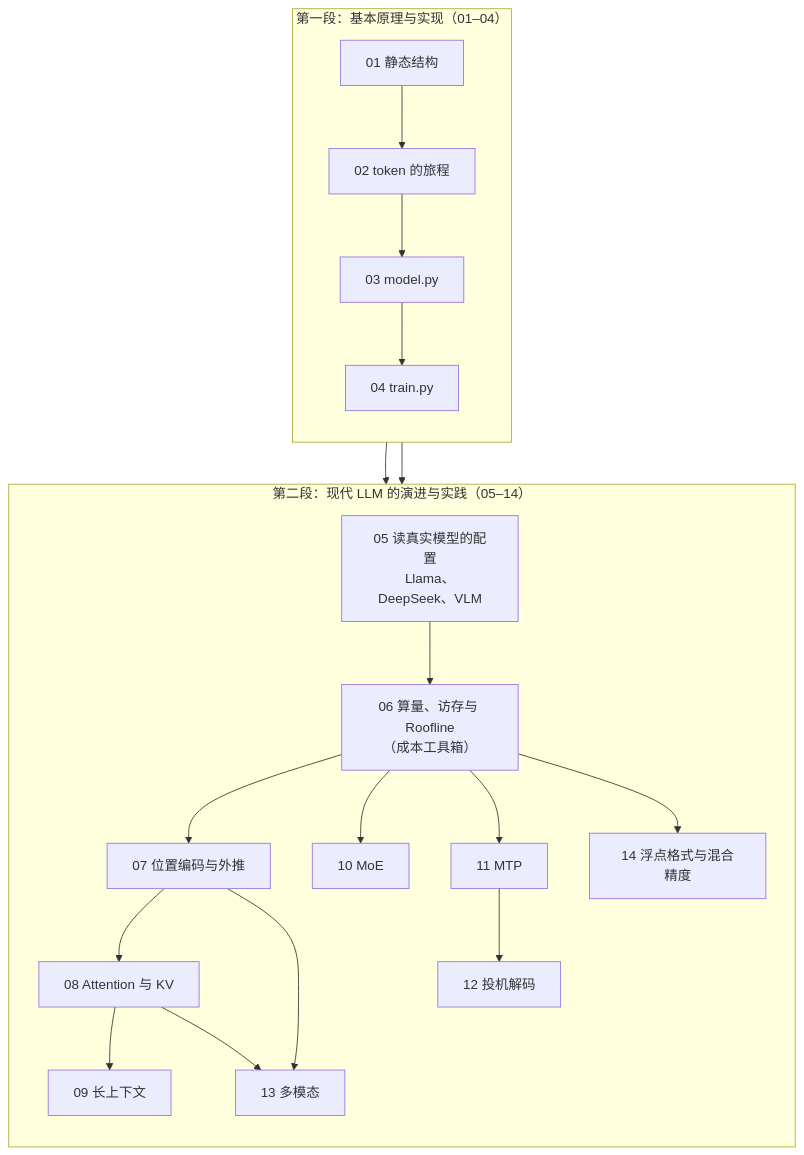
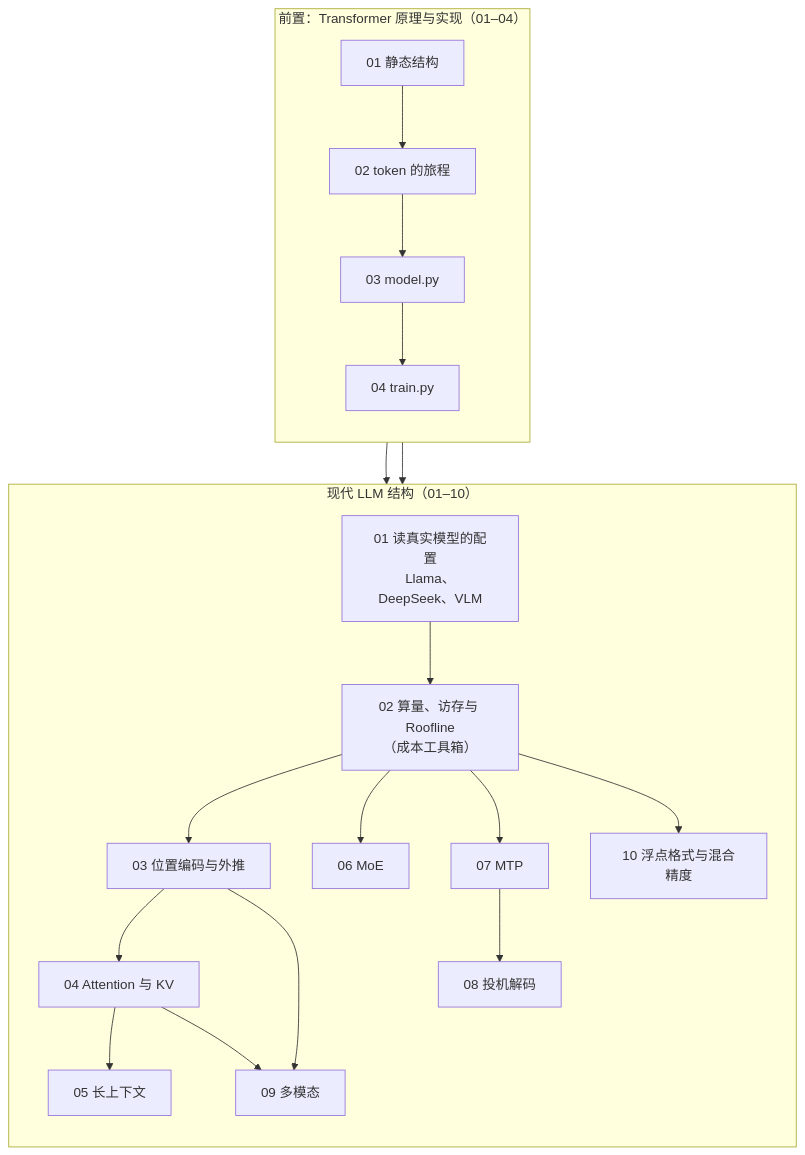
Before and after one commit to arganzheng/arganzheng.github.com: the first of 2 diagrams in _posts/2026-04-09-transformer-and-llm-series-recap-and-self-test.md, drawn with Mermaid. The commit also changed other lines of this file and 22 other files, not shown here.

Commit message:
拆分 Transformer 与现代 LLM 系列

````diff
--- a/_posts/2026-04-09-transformer-and-llm-series-recap-and-self-test.md
+++ b/_posts/2026-04-09-transformer-and-llm-series-recap-and-self-test.md
@@ -20,22 +20,22 @@
 ```mermaid
 %%{init: {"flowchart": {"wrappingWidth": 150}}}%%
-%% 图：十四篇的依赖地图：先 GPT-2 的结构与实现，再以成本工具箱为入口逐项打开现代模型的改动
+%% 图：十篇的依赖地图：先 GPT-2 的结构与实现，再以成本工具箱为入口逐项打开现代模型的改动
 flowchart TB
-    subgraph S1["第一段：基本原理与实现（01–04）"]
+    subgraph S1["前置：Transformer 原理与实现（01–04）"]
         direction TB
         P1["01 静态结构"] --> P2["02 token 的旅程"] --> P3["03 model.py"] --> P4["04 train.py"]
     end
-    subgraph S2["第二段：现代 LLM 的演进与实践（05–14）"]
+    subgraph S2["现代 LLM 结构（01–10）"]
         direction TB
-        P5["05 读真实模型的配置<br/>Llama、DeepSeek、VLM"] --> P6["06 算量、访存与 Roofline<br/>（成本工具箱）"]
-        P6 --> P7["07 位置编码与外推"] --> P8["08 Attention 与 KV"] --> P9["09 长上下文"]
-        P6 --> P10["10 MoE"]
-        P6 --> P11["11 MTP"] --> P12["12 投机解码"]
-        P8 --> P13["13 多模态"]
+        P5["01 读真实模型的配置<br/>Llama、DeepSeek、VLM"] --> P6["02 算量、访存与 Roofline<br/>（成本工具箱）"]
+        P6 --> P7["03 位置编码与外推"] --> P8["04 Attention 与 KV"] --> P9["05 长上下文"]
+        P6 --> P10["06 MoE"]
+        P6 --> P11["07 MTP"] --> P12["08 投机解码"]
+        P8 --> P13["09 多模态"]
         P7 --> P13
-        P6 --> P14["14 浮点格式与混合精度"]
+        P6 --> P14["10 浮点格式与混合精度"]
     end
     P3 --> P5
     P2 --> P6
     S1 ~~~ S2
 ```
````
